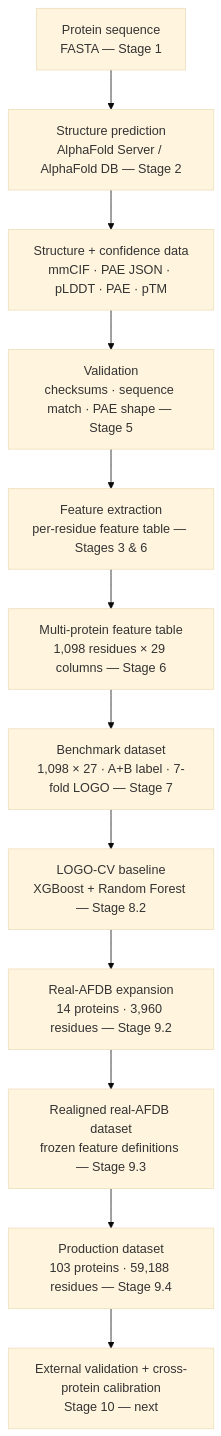
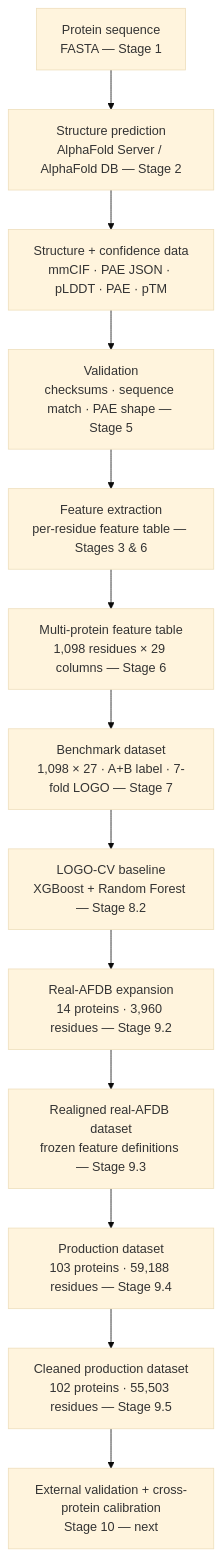
One commit to kelvinchandradjayapranata-hue/ai-biotech changed the diagram in README.md. Above: the diagram before and after it, drawn with Mermaid (base theme). The commit also changed other lines of this file and 2 other files, not shown here.

First line of the commit message:
docs: record audited Stage 9.5 cleaned production dataset (102 proteins) and LOGO-CV metrics

````diff
--- a/README.md
+++ b/README.md
@@ -164,14 +184,15 @@
 ```mermaid
 flowchart TD
     A["Protein sequence<br/>FASTA — Stage 1"] --> B["Structure prediction<br/>AlphaFold Server / AlphaFold DB — Stage 2"]
     B --> C["Structure + confidence data<br/>mmCIF · PAE JSON · pLDDT · PAE · pTM"]
     C --> D["Validation<br/>checksums · sequence match · PAE shape — Stage 5"]
     D --> E["Feature extraction<br/>per-residue feature table — Stages 3 & 6"]
     E --> F["Multi-protein feature table<br/>1,098 residues × 29 columns — Stage 6"]
     F --> G["Benchmark dataset<br/>1,098 × 27 · A+B label · 7-fold LOGO — Stage 7"]
     G --> H["LOGO-CV baseline<br/>XGBoost + Random Forest — Stage 8.2"]
     H --> I["Real-AFDB expansion<br/>14 proteins · 3,960 residues — Stage 9.2"]
     I --> J["Realigned real-AFDB dataset<br/>frozen feature definitions — Stage 9.3"]
     J --> K["Production dataset<br/>103 proteins · 59,188 residues — Stage 9.4"]
-    K --> L["External validation + cross-protein calibration<br/>Stage 10 — next"]
+    K --> K2["Cleaned production dataset<br/>102 proteins · 55,503 residues — Stage 9.5"]
+    K2 --> L["External validation + cross-protein calibration<br/>Stage 10 — next"]
 ```
````
